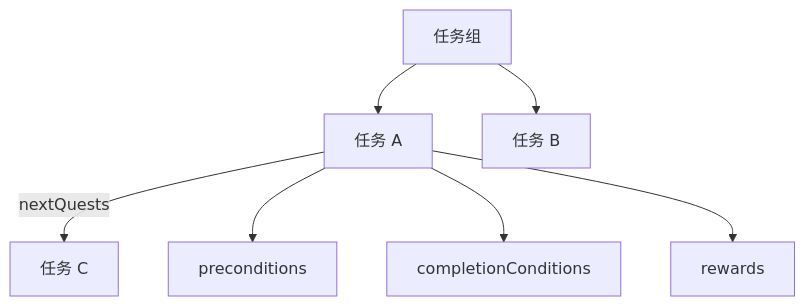
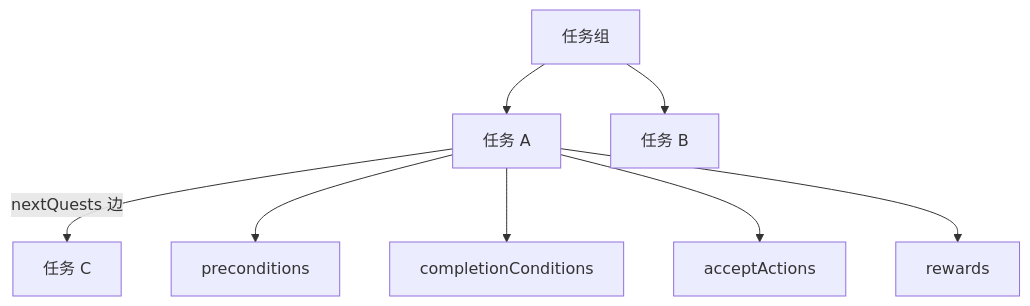
Before and after one commit to wubugui/GDoc: the diagram in docs/editors/panels/quest.md, drawn with Mermaid. The commit also changed other lines of this file and 112 other files, not shown here.

````diff
--- a/docs/editors/panels/quest.md
+++ b/docs/editors/panels/quest.md
@@ -43,9 +37,10 @@
 ```mermaid
 flowchart TB
   G[任务组] --> Q1[任务 A]
   G --> Q2[任务 B]
-  Q1 -->|nextQuests| Q3[任务 C]
+  Q1 -->|nextQuests 边| Q3[任务 C]
   Q1 --> PRE[preconditions]
   Q1 --> DONE[completionConditions]
+  Q1 --> ACC[acceptActions]
   Q1 --> RW[rewards]
 ```
````
